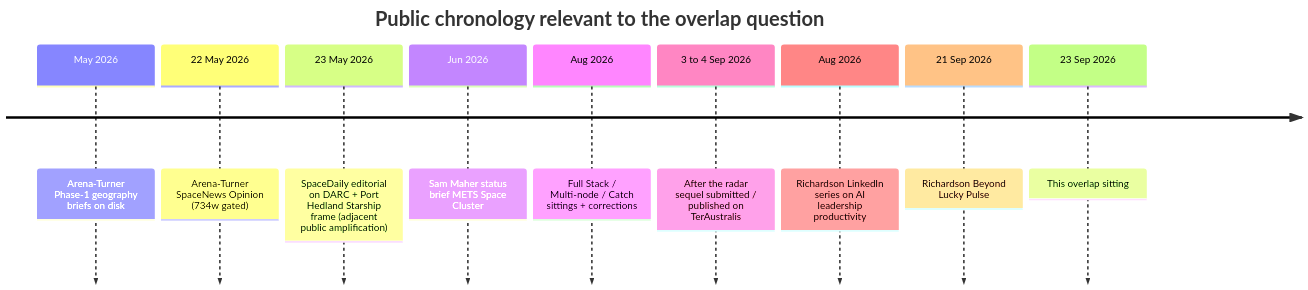
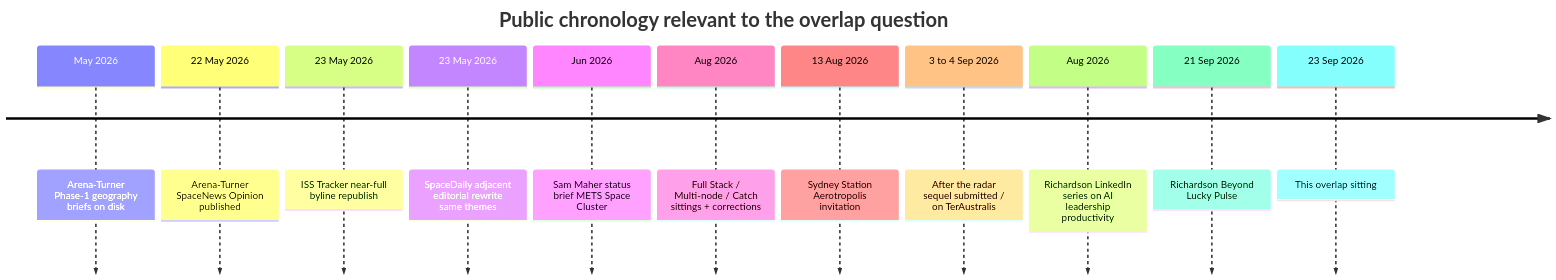
The diagram in 13_RESEARCH_SOURCES/sitting-2026-09-23-beyond-lucky-overlap/OVERLAP-BRIEF.md (CrystalArchitect/The-Crystal-Vision-System), drawn with Mermaid before and after one commit. The commit also changed other lines of this file and 1 other file, not shown here.

Commit message:
docs: wire republish facts into overlap brief chronology
ISS Tracker byline republish, Copernical, SpaceDaily adjacent rewrite;
string-diff note vs Beyond Lucky (no verbatim match).

````diff
--- a/13_RESEARCH_SOURCES/sitting-2026-09-23-beyond-lucky-overlap/OVERLAP-BRIEF.md
+++ b/13_RESEARCH_SOURCES/sitting-2026-09-23-beyond-lucky-overlap/OVERLAP-BRIEF.md
@@ -88,13 +88,15 @@
 ```mermaid
 timeline
   title Public chronology relevant to the overlap question
   May 2026 : Arena-Turner Phase-1 geography briefs on disk
-  22 May 2026 : Arena-Turner SpaceNews Opinion (734w gated)
-  23 May 2026 : SpaceDaily editorial on DARC + Port Hedland Starship frame (adjacent public amplification)
+  22 May 2026 : Arena-Turner SpaceNews Opinion published
+  23 May 2026 : ISS Tracker near-full byline republish
+  23 May 2026 : SpaceDaily adjacent editorial rewrite same themes
   Jun 2026 : Sam Maher status brief METS Space Cluster
   Aug 2026 : Full Stack / Multi-node / Catch sittings + corrections
-  3 to 4 Sep 2026 : After the radar sequel submitted / published on TerAustralis
+  13 Aug 2026 : Sydney Station Aerotropolis invitation
+  3 to 4 Sep 2026 : After the radar sequel submitted / on TerAustralis
   Aug 2026 : Richardson LinkedIn series on AI leadership productivity
   21 Sep 2026 : Richardson Beyond Lucky Pulse
   23 Sep 2026 : This overlap sitting
 ```
````
